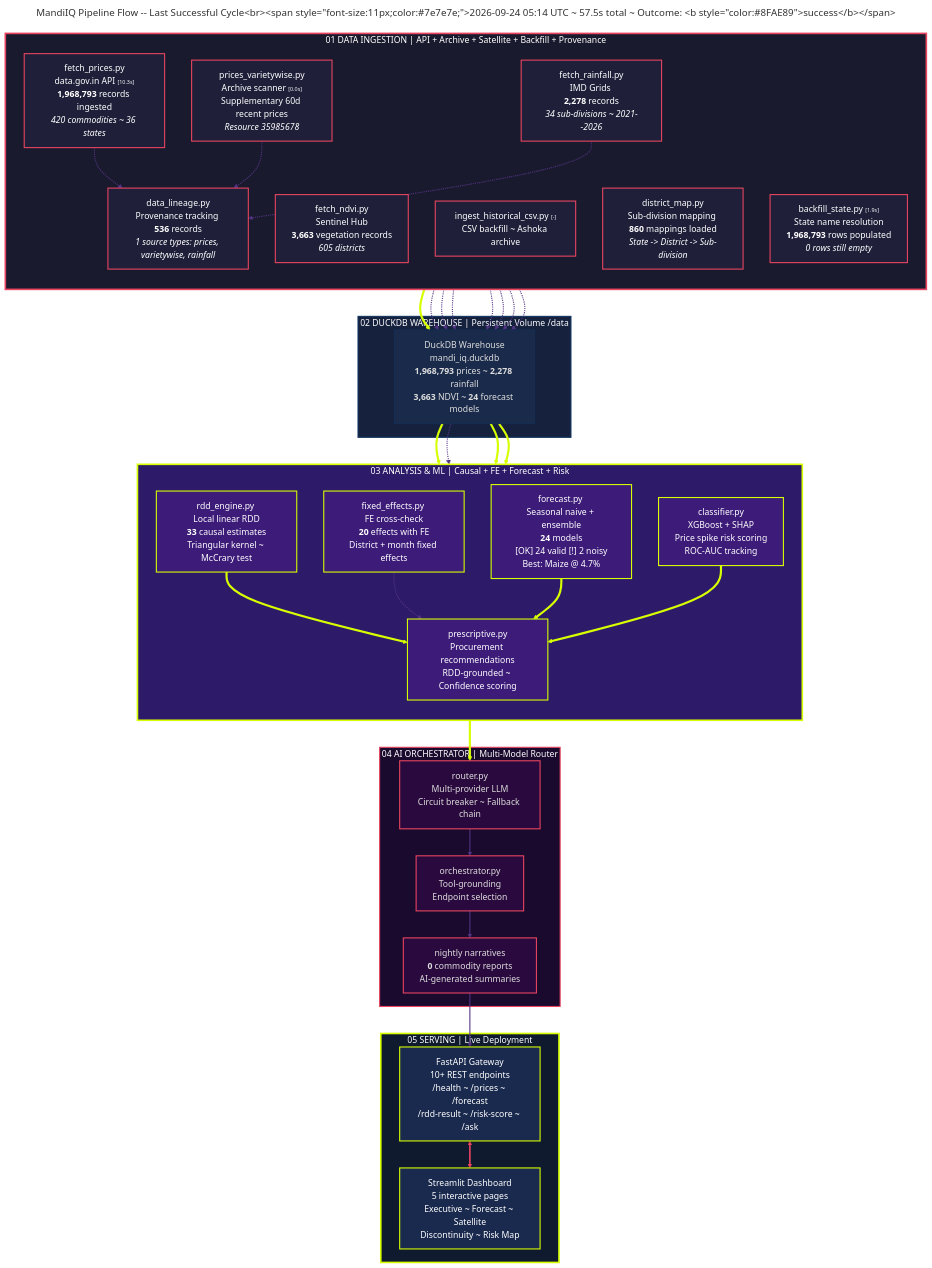
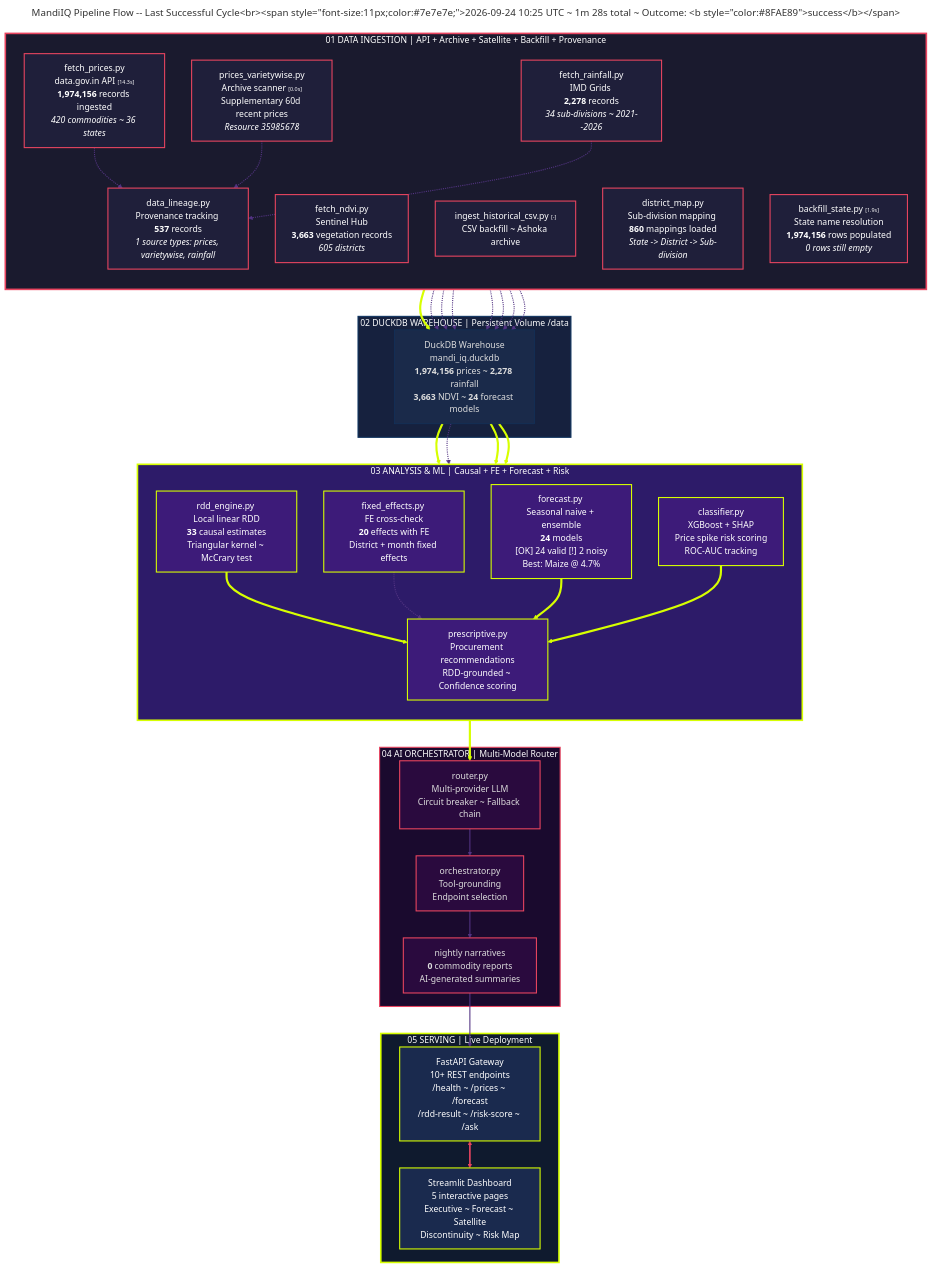
The diagram in diagrams/pipeline-flow-live.mmd (flawsom/test-mandi), drawn with Mermaid before and after one commit. The commit also changed 6 other files, not shown here.

```diff
--- a/diagrams/pipeline-flow-live.mmd
+++ b/diagrams/pipeline-flow-live.mmd
@@ -1,139 +1,139 @@
 ---
-title: "MandiIQ Pipeline Flow -- Last Successful Cycle<br/><span style='font-size:11px;color:#7e7e7e;'>2026-09-24 05:14 UTC ~ 57.5s total ~ Outcome: <b style='color:#8FAE89'>success</b></span>"
+title: "MandiIQ Pipeline Flow -- Last Successful Cycle<br/><span style='font-size:11px;color:#7e7e7e;'>2026-09-24 10:25 UTC ~ 1m 28s total ~ Outcome: <b style='color:#8FAE89'>success</b></span>"
 ---
 %%{init: {
   "theme": "dark",
   "themeVariables": {
     "primaryColor": "#1a1a2e",
     "primaryTextColor": "#ffffff",
     "primaryBorderColor": "#d7ff00",
     "lineColor": "#d7ff00",
     "secondaryColor": "#16213e",
     "tertiaryColor": "#0f3460",
     "mainBkg": "#0d0d1a",
     "nodeBorder": "#533483",
     "clusterBkg": "#0a0a12",
     "clusterBorder": "#2a2a4a",
     "titleColor": "#d7ff00",
     "edgeLabelBackground": "#0d0d1a",
     "nodeTextColor": "#ffffff",
     "fontFamily": "\"Space Grotesk\", \"Inter\", sans-serif"
   },
   "flowchart": {
     "useMaxWidth": true,
     "htmlLabels": true,
     "curve": "basis",
     "padding": 20
   }
 }%%
 flowchart TD
     %% Stage 1: DATA INGESTION
     subgraph S1["01 DATA INGESTION  | API + Archive + Satellite + Backfill + Provenance"]
         direction TB
-        A1["fetch_prices.py<br/>data.gov.in API <span style='color:#7e7e7e;font-size:10px;'>[10.3s]</span><br/><b>1,968,793</b> records ingested<br/><i>420 commodities ~ 36 states</i>"]
+        A1["fetch_prices.py<br/>data.gov.in API <span style='color:#7e7e7e;font-size:10px;'>[14.3s]</span><br/><b>1,974,156</b> records ingested<br/><i>420 commodities ~ 36 states</i>"]
         A2["prices_varietywise.py<br/>Archive scanner <span style='color:#7e7e7e;font-size:10px;'>[0.0s]</span><br/>Supplementary 60d recent prices<br/><i>Resource 35985678</i>"]
         A3["fetch_rainfall.py<br/>IMD Grids <br/><b>2,278</b> records<br/><i>34 sub-divisions ~ 2021--2026</i>"]
         A4["fetch_ndvi.py<br/>Sentinel Hub <br/><b>3,663</b> vegetation records<br/><i>605 districts</i>"]
         A5["ingest_historical_csv.py <span style='color:#7e7e7e;font-size:10px;'>[-]</span><br/>CSV backfill ~ Ashoka archive"]
         A6["district_map.py<br/>Sub-division mapping <br/><b>860</b> mappings loaded<br/><i>State -> District -> Sub-division</i>"]
-        A7["backfill_state.py <span style='color:#7e7e7e;font-size:10px;'>[1.9s]</span><br/>State name resolution<br/><b>1,968,793</b> rows populated<br/><i>0 rows still empty</i>"]
-        A8["data_lineage.py<br/>Provenance tracking <br/><b>536</b> records<br/><i>1 source types: prices, varietywise, rainfall</i>"]
+        A7["backfill_state.py <span style='color:#7e7e7e;font-size:10px;'>[1.9s]</span><br/>State name resolution<br/><b>1,974,156</b> rows populated<br/><i>0 rows still empty</i>"]
+        A8["data_lineage.py<br/>Provenance tracking <br/><b>537</b> records<br/><i>1 source types: prices, varietywise, rainfall</i>"]
     end
 
     %% Stage 2: DUCKDB WAREHOUSE
     subgraph S2["02 DUCKDB WAREHOUSE  | Persistent Volume /data"]
-        B1["DuckDB Warehouse<br/>mandi_iq.duckdb<br/><b>1,968,793</b> prices ~ <b>2,278</b> rainfall<br/><b>3,663</b> NDVI ~ <b>24</b> forecast models"]
+        B1["DuckDB Warehouse<br/>mandi_iq.duckdb<br/><b>1,974,156</b> prices ~ <b>2,278</b> rainfall<br/><b>3,663</b> NDVI ~ <b>24</b> forecast models"]
     end
 
     %% Stage 3: ANALYSIS & ML
     subgraph S3["03 ANALYSIS & ML  | Causal + FE + Forecast + Risk"]
         direction TB
         C1["rdd_engine.py <br/>Local linear RDD<br/><b>33</b> causal estimates<br/>Triangular kernel ~ McCrary test"]
         C2["fixed_effects.py <br/>FE cross-check<br/><b>20</b> effects with FE<br/>District + month fixed effects"]
         C3["forecast.py <br/>Seasonal naive + ensemble<br/><b>24</b> models<br/><span style='color:#8FAE89'>[OK] 24 valid</span> <span style='color:#D9663B'>[!] 2 noisy</span><br/>Best: Maize @ 4.7%"]
         C4["classifier.py <br/>XGBoost + SHAP<br/>Price spike risk scoring<br/>ROC-AUC tracking"]
         C5["prescriptive.py<br/>Procurement recommendations<br/>RDD-grounded ~ Confidence scoring"]
     end
 
     %% Stage 4: AI ORCHESTRATOR
     subgraph S4["04 AI ORCHESTRATOR  | Multi-Model Router"]
         D1["router.py<br/>Multi-provider LLM<br/>Circuit breaker ~ Fallback chain"]
         D2["orchestrator.py<br/>Tool-grounding<br/>Endpoint selection"]
         D3["nightly narratives<br/><b>0</b> commodity reports<br/>AI-generated summaries"]
     end
 
     %% Stage 5: SERVING
     subgraph S5["05 SERVING  | Live Deployment"]
         E1["FastAPI Gateway<br/>10+ REST endpoints<br/>/health ~ /prices ~ /forecast<br/>/rdd-result ~ /risk-score ~ /ask"]
         E2["Streamlit Dashboard<br/>5 interactive pages<br/>Executive ~ Forecast ~ Satellite<br/>Discontinuity ~ Risk Map"]
     end
 
     %% Main flow: ingestion -> warehouse
     A1 ==> B1
     A2 -.-> B1
     A3 -.-> B1
     A4 -.-> B1
     A5 -.-> B1
     A6 -.-> B1
     A7 -.-> B1
 
     %% Main flow: ingestion -> provenance tracking
     A1 -.-> A8
     A2 -.-> A8
     A3 -.-> A8
     A8 -.-> B1
 
     %% Main flow: warehouse -> analysis
     B1 ==> C1
     B1 -.-> C2
     B1 ==> C3
     B1 ==> C4
 
     %% Main flow: analysis -> prescriptive -> AI
     C1 ==> C5
     C2 -.-> C5
     C3 ==> C5
     C4 ==> C5
 
     C5 ==> D1
     D1 ==> D2
     D2 ==> D3
     D3 ==> E1
 
     E1 <==> E2
 
     %% Edge styling: thick = primary path
     linkStyle 0,11,13,14,15,17,18,19 stroke-width:4px,stroke:#d7ff00,fill:none
     linkStyle 1,2,3,4,5,6,7,8,9,10,12,16,20,21,22 stroke-width:2px,stroke:#533483,fill:none
     linkStyle 23 stroke-width:3px,stroke:#e94560,fill:none
 
     %% Stage classes
     classDef stage1 fill:#1a1a2e,stroke:#e94560,stroke-width:3px,color:#fff
     classDef stage1Node fill:#1f1f3a,stroke:#e94560,stroke-width:2px,color:#fff
 
     classDef stage2 fill:#16213e,stroke:#0f3460,stroke-width:2px,color:#fff
     classDef stage2Node fill:#1a2a4a,stroke:#0f3460,stroke-width:1px,color:#ddd
 
     classDef stage3 fill:#2d1b69,stroke:#d7ff00,stroke-width:3px,color:#fff
     classDef stage3Node fill:#3d1b79,stroke:#d7ff00,stroke-width:2px,color:#fff
 
     classDef stage4 fill:#1a0a2e,stroke:#e94560,stroke-width:2px,color:#fff
     classDef stage4Node fill:#2a0a3e,stroke:#e94560,stroke-width:2px,color:#ddd
 
     classDef stage5 fill:#0f1a2e,stroke:#d7ff00,stroke-width:3px,color:#fff
     classDef stage5Node fill:#1a2a4e,stroke:#d7ff00,stroke-width:2px,color:#fff
 
     class S1 stage1
     class A1,A2,A3,A4,A5,A6,A7,A8 stage1Node
 
     class S2 stage2
     class B1 stage2Node
 
     class S3 stage3
     class C1,C2,C3,C4,C5 stage3Node
 
     class S4 stage4
     class D1,D2,D3 stage4Node
 
     class S5 stage5
     class E1,E2 stage5Node
```
